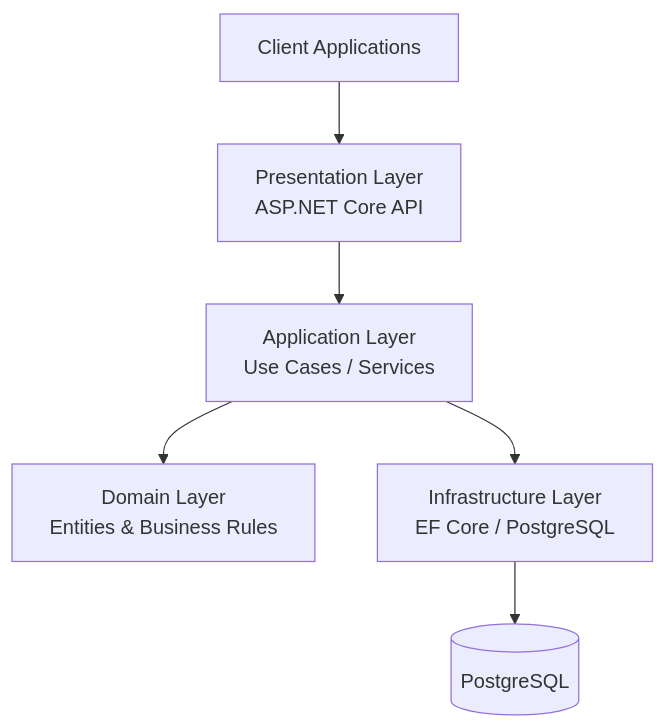
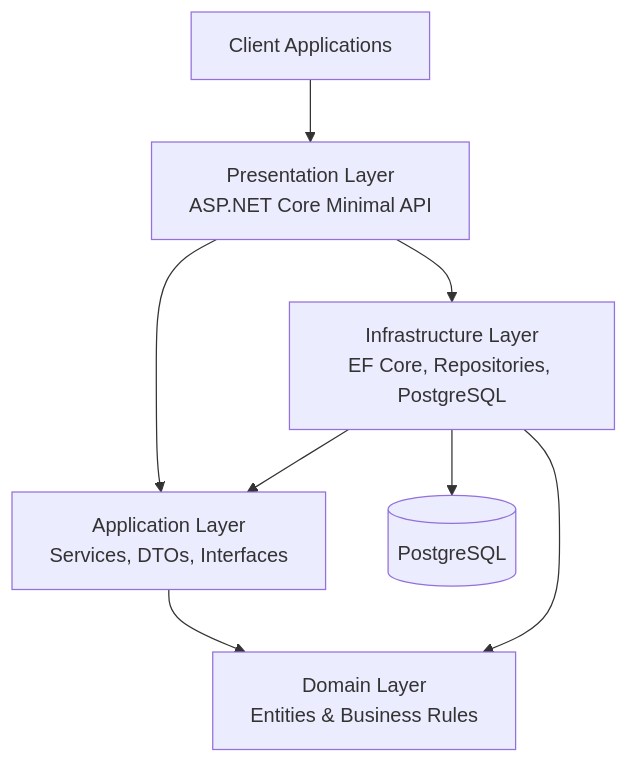
One commit to handyana05/expenses-tracker changed the first of 4 diagrams in backend/README.md. Above: the diagram before and after it, drawn with Mermaid.

Commit message:
adjust architecture flowchart diagram

````diff
--- a/backend/README.md
+++ b/backend/README.md
@@ -60,21 +60,17 @@
 ```mermaid
 flowchart TD
-
     Client["Client Applications"]
-
-    API["Presentation Layer<br/>ASP.NET Core API"]
-
-    APP["Application Layer<br/>Use Cases / Services"]
-
+    API["Presentation Layer<br/>ASP.NET Core Minimal API"]
+    APP["Application Layer<br/>Services, DTOs, Interfaces"]
     DOMAIN["Domain Layer<br/>Entities & Business Rules"]
-
-    INFRA["Infrastructure Layer<br/>EF Core / PostgreSQL"]
-
+    INFRA["Infrastructure Layer<br/>EF Core, Repositories, PostgreSQL"]
     DB[(PostgreSQL)]
 
     Client --> API
     API --> APP
+    API --> INFRA
     APP --> DOMAIN
-    APP --> INFRA
+    INFRA --> APP
+    INFRA --> DOMAIN
     INFRA --> DB
 ```
````
